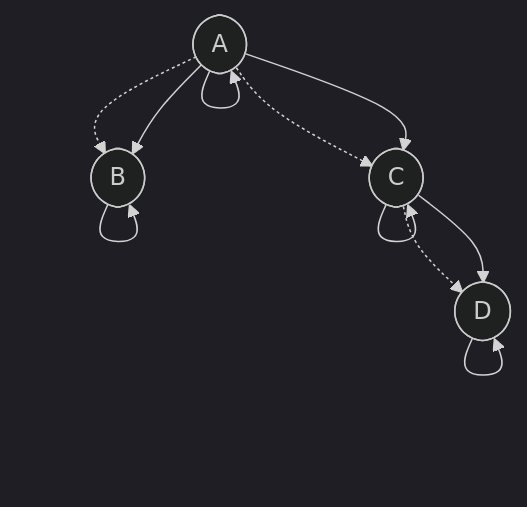
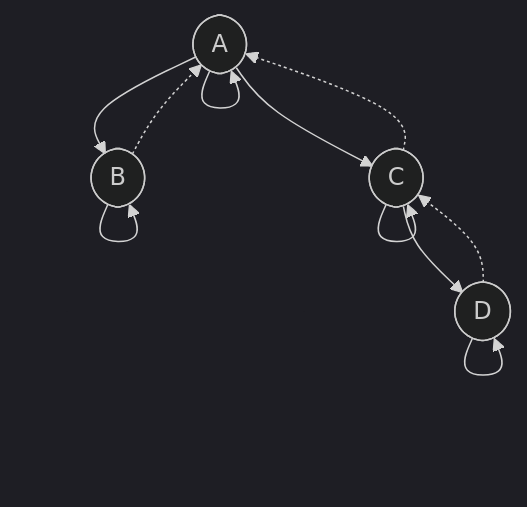
Before and after one commit to stepchowfun/proofs: the fourth of 14 diagrams in proofs/AdmissibilityGraph/README.md, drawn with Mermaid (dark theme). The commit also changed other lines of this file and 5 other files, not shown here.

Commit message:
Flip the direction of the parent-child edges in the admissibility graph development

````diff
--- a/proofs/AdmissibilityGraph/README.md
+++ b/proofs/AdmissibilityGraph/README.md
@@ -99,24 +99,24 @@
 ```mermaid
-flowchart TD
+flowchart TB
   a([A])
   b([B])
   c([C])
   d([D])
 
   a -.-> a
   b -.-> b
   c -.-> c
   d -.-> d
 
-  a -.-> b
-  a -.-> c
-  c -.-> d
+  b -.-> a
+  c -.-> a
+  d -.-> c
 
   a --> a
   b --> b
   c --> c
   d --> d
   a --> b
   a --> c
   c --> d
 ```
````
